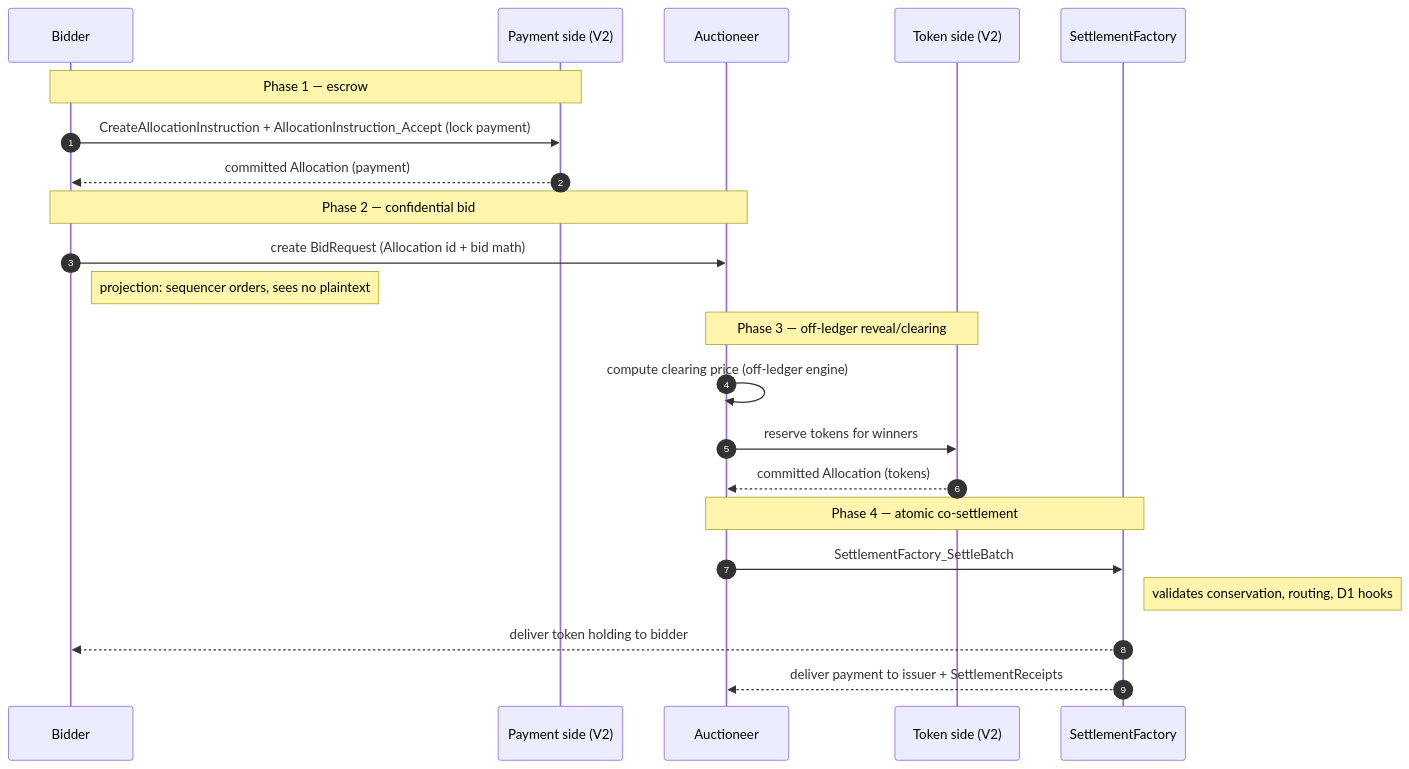
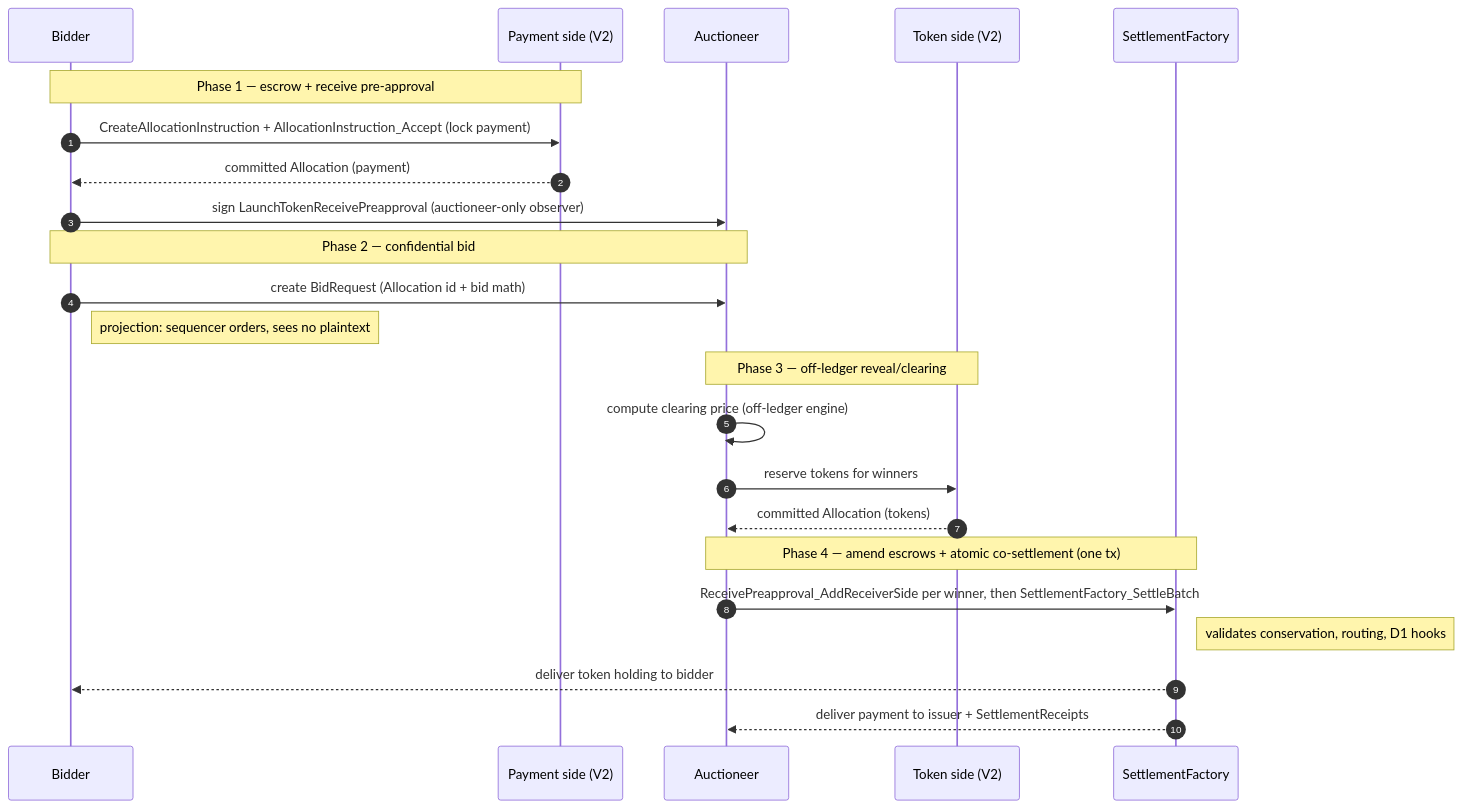
One commit to OpenZeppelin/canton-specs changed the second of 2 diagrams in docs/ri-reports/04-confidential-auction.md. Above: the diagram before and after it, drawn with Mermaid. The commit also changed other lines of this file, not shown here.

First line of the commit message:
docs(ri-04): single-commitment settlement — pre-approved receiver-side amend, no second lock

````diff
--- a/docs/ri-reports/04-confidential-auction.md
+++ b/docs/ri-reports/04-confidential-auction.md
@@ -591,25 +647,26 @@
 ```mermaid
 sequenceDiagram
     autonumber
     participant B as Bidder
     participant PR as Payment side (V2)
     participant A as Auctioneer
     participant TR as Token side (V2)
     participant SF as SettlementFactory
 
-    Note over B,PR: Phase 1 — escrow
+    Note over B,PR: Phase 1 — escrow + receive pre-approval
     B->>PR: CreateAllocationInstruction + AllocationInstruction_Accept (lock payment)
     PR-->>B: committed Allocation (payment)
+    B->>A: sign LaunchTokenReceivePreapproval (auctioneer-only observer)
     Note over B,A: Phase 2 — confidential bid
     B->>A: create BidRequest (Allocation id + bid math)
     Note right of B: projection: sequencer orders, sees no plaintext
     Note over A,TR: Phase 3 — off-ledger reveal/clearing
     A->>A: compute clearing price (off-ledger engine)
     A->>TR: reserve tokens for winners
     TR-->>A: committed Allocation (tokens)
-    Note over A,SF: Phase 4 — atomic co-settlement
-    A->>SF: SettlementFactory_SettleBatch
+    Note over A,SF: Phase 4 — amend escrows + atomic co-settlement (one tx)
+    A->>SF: ReceivePreapproval_AddReceiverSide per winner, then SettlementFactory_SettleBatch
     Note right of SF: validates conservation, routing, D1 hooks
     SF-->>B: deliver token holding to bidder
     SF-->>A: deliver payment to issuer + SettlementReceipts
 ```
````
